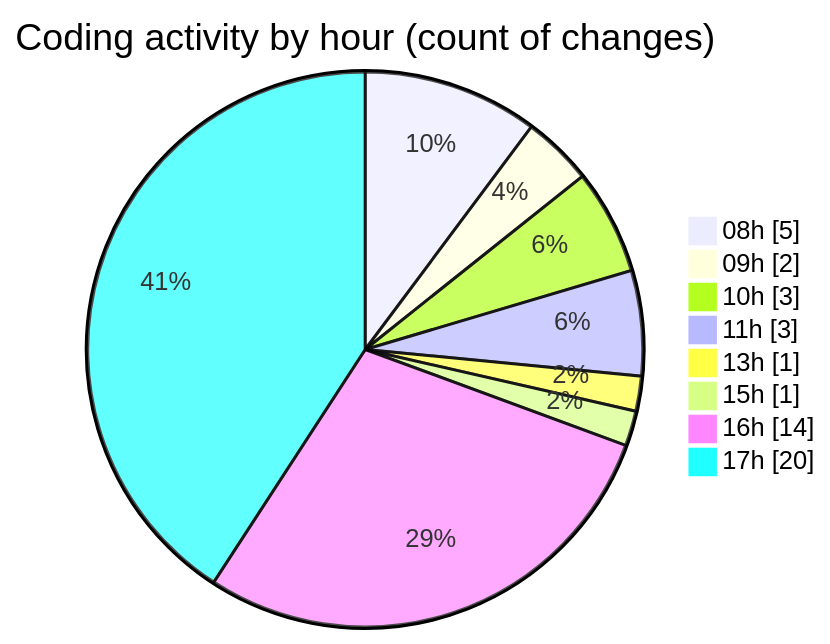
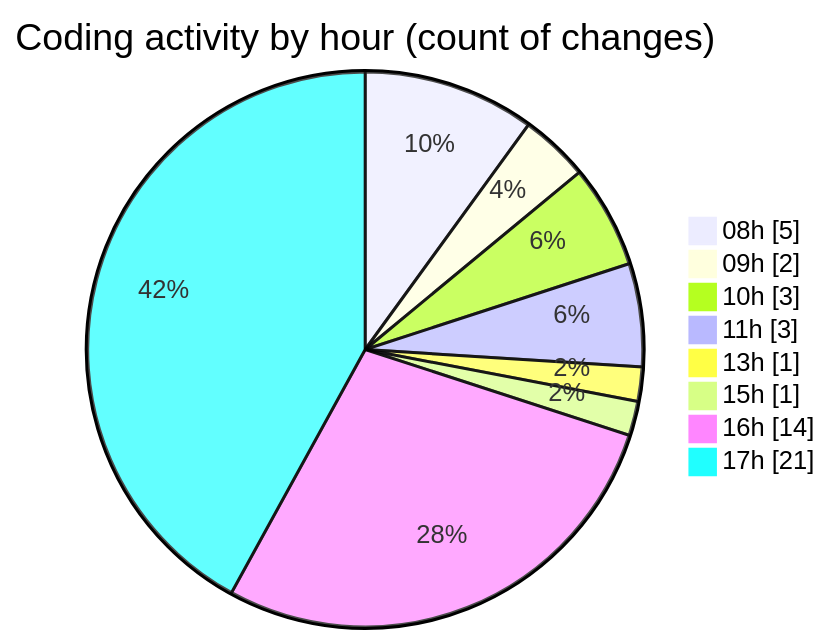
Before and after one commit to julien-gomy/code-tracking: the second of 2 diagrams in 2025-10-27/eventscop-frontend-guide__workspace_/README.md, drawn with Mermaid. The commit also changed other lines of this file and 1 other file, not shown here.

````diff
--- a/2025-10-27/eventscop-frontend-guide__workspace_/README.md
+++ b/2025-10-27/eventscop-frontend-guide__workspace_/README.md
@@ -42,12 +42,12 @@
 ```mermaid
 pie showData
 title Coding activity by hour (count of changes)
 "08h" : 5
 "09h" : 2
 "10h" : 3
 "11h" : 3
 "13h" : 1
 "15h" : 1
 "16h" : 14
-"17h" : 20
+"17h" : 21
 ```
````
